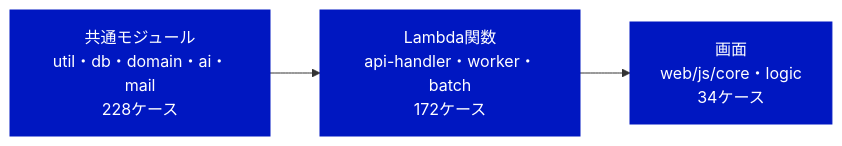
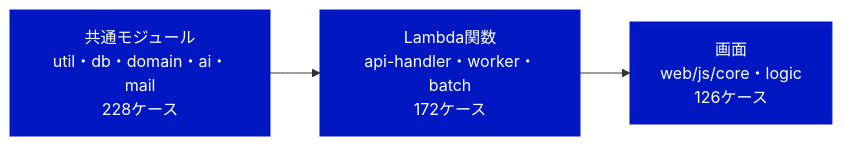
One commit to pocarialice/rpglearning changed the first of 3 diagrams in documents/モジュールテスト結果報告書_RPG学習アプリ.md. Above: the diagram before and after it, drawn with Mermaid. The commit also changed other lines of this file and 1 other file, not shown here.

````diff
--- a/documents/モジュールテスト結果報告書_RPG学習アプリ.md
+++ b/documents/モジュールテスト結果報告書_RPG学習アプリ.md
@@ -23,7 +23,7 @@
 ```mermaid
 flowchart LR
   A["共通モジュール<br>util・db・domain・ai・mail<br>228ケース"]:::done --> B["Lambda関数<br>api-handler・worker・batch<br>172ケース"]:::done
-  B --> C["画面<br>web/js/core・logic<br>34ケース"]:::done
+  B --> C["画面<br>web/js/core・logic<br>126ケース"]:::done
   classDef done fill:#0017C1,color:#fff,stroke:#0017C1
   classDef todo fill:#fff,color:#414141,stroke:#B4B4B4,stroke-dasharray:4 3
 ```
````
